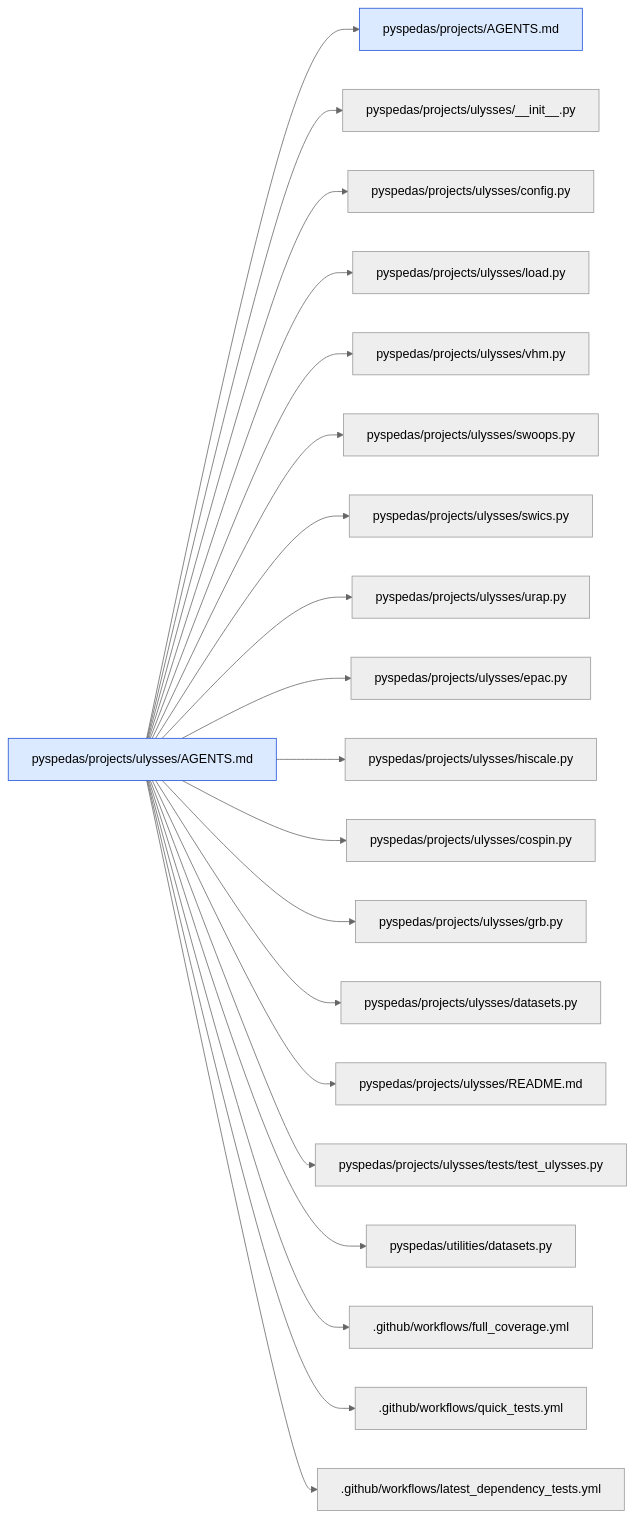
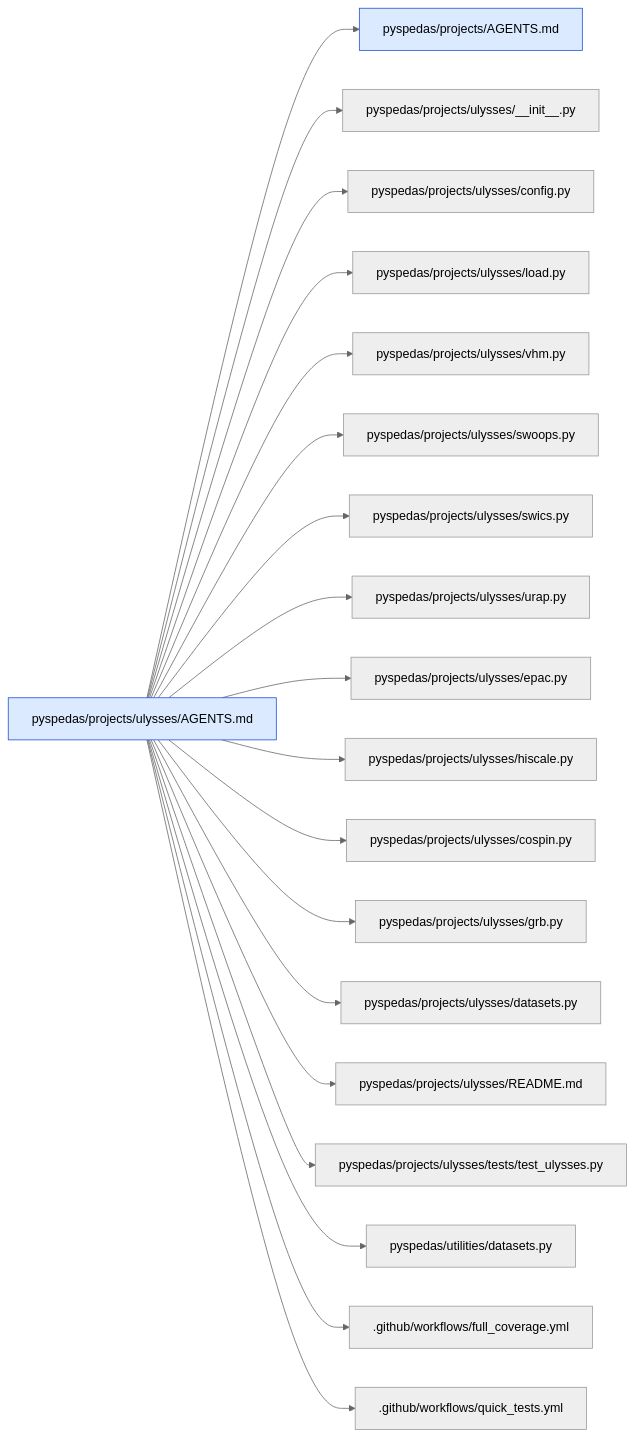
Diagram 37 of 43 in .agents/map/MAP.md (spedas/pyspedas), drawn with Mermaid (neutral theme) before and after one commit. The commit also changed other lines of this file and 21 other files, not shown here.

First line of the commit message:
Unify quick tests with selectable dependency and Python policies (#1546)

````diff
--- a/.agents/map/MAP.md
+++ b/.agents/map/MAP.md
@@ -1355,25 +1350,24 @@
 ```mermaid
 graph LR
   classDef agents fill:#dbeafe,stroke:#1d4ed8
   classDef missing fill:#fee2e2,stroke:#b91c1c,stroke-dasharray:4
   self["pyspedas/projects/ulysses/AGENTS.md"]:::agents
   self --> r0["pyspedas/projects/AGENTS.md"]:::agents
   self --> r1["pyspedas/projects/ulysses/__init__.py"]
   self --> r2["pyspedas/projects/ulysses/config.py"]
   self --> r3["pyspedas/projects/ulysses/load.py"]
   self --> r4["pyspedas/projects/ulysses/vhm.py"]
   self --> r5["pyspedas/projects/ulysses/swoops.py"]
   self --> r6["pyspedas/projects/ulysses/swics.py"]
   self --> r7["pyspedas/projects/ulysses/urap.py"]
   self --> r8["pyspedas/projects/ulysses/epac.py"]
   self --> r9["pyspedas/projects/ulysses/hiscale.py"]
   self --> r10["pyspedas/projects/ulysses/cospin.py"]
   self --> r11["pyspedas/projects/ulysses/grb.py"]
   self --> r12["pyspedas/projects/ulysses/datasets.py"]
   self --> r13["pyspedas/projects/ulysses/README.md"]
   self --> r14["pyspedas/projects/ulysses/tests/test_ulysses.py"]
   self --> r15["pyspedas/utilities/datasets.py"]
   self --> r16[".github/workflows/full_coverage.yml"]
   self --> r17[".github/workflows/quick_tests.yml"]
-  self --> r18[".github/workflows/latest_dependency_tests.yml"]
 ```
````
